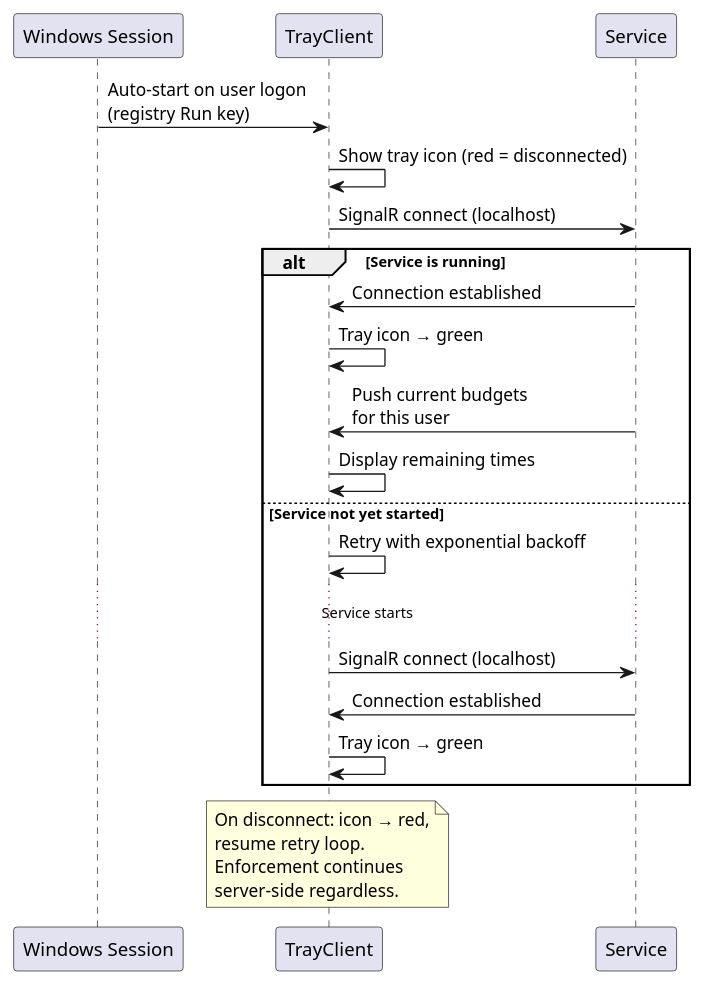
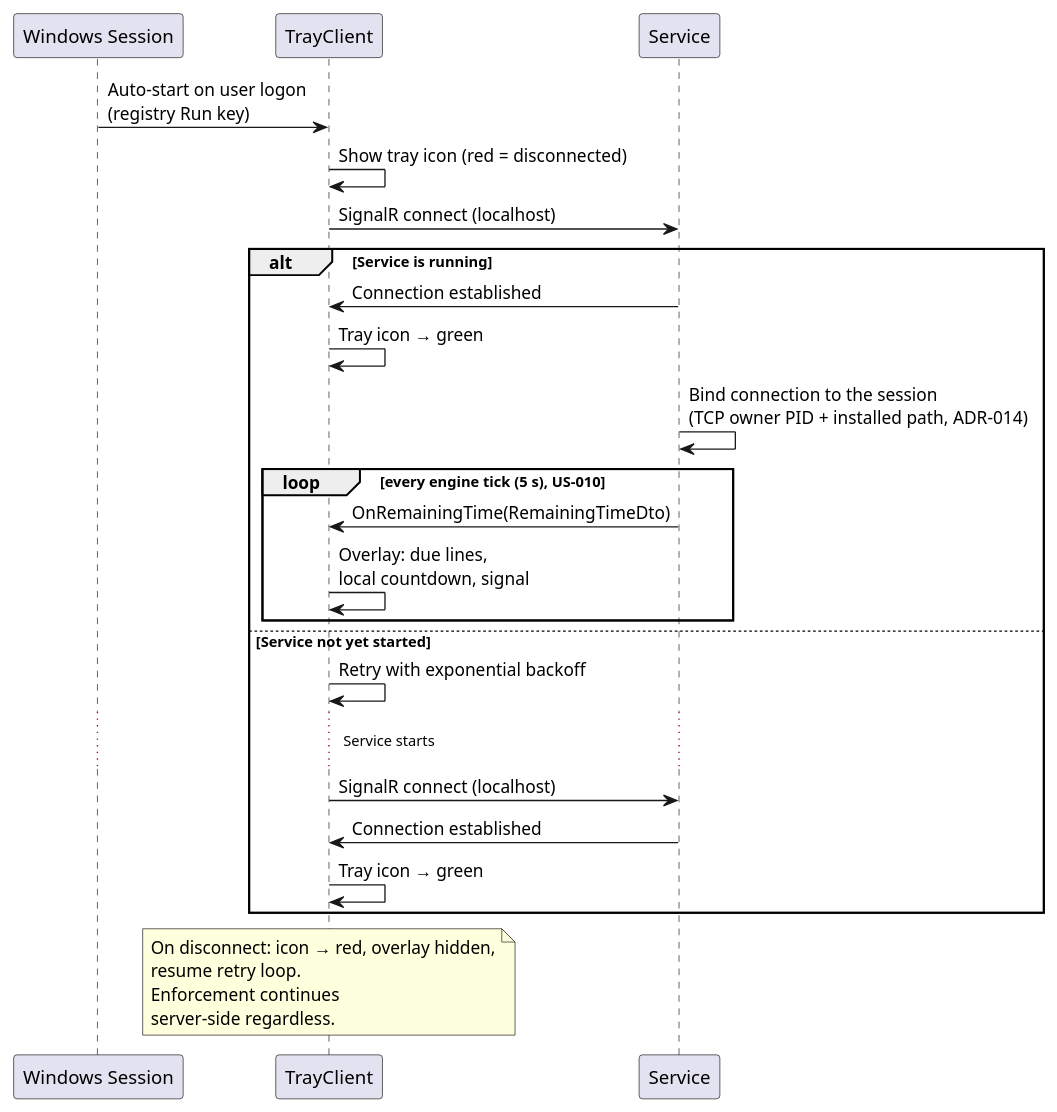
Diagram 14 of 17 in 02_Implementation/docs/architecture/arc42/system-architecture.md (adlemich/EagleEye), drawn with PlantUML before and after one commit. The commit also changed other lines of this file and 2 other files, not shown here.

First line of the commit message:
Architecture docs: US-010 written into arc42, implementation status of unbuilt design

````diff
--- a/02_Implementation/docs/architecture/arc42/system-architecture.md
+++ b/02_Implementation/docs/architecture/arc42/system-architecture.md
@@ -680,31 +689,34 @@
 ```plantuml
 @startuml TrayClient Startup
 participant "Windows Session" as WIN
 participant "TrayClient" as TRAY
 participant "Service" as SVC
 
 WIN -> TRAY : Auto-start on user logon\n(registry Run key)
 TRAY -> TRAY : Show tray icon (red = disconnected)
 TRAY -> SVC : SignalR connect (localhost)
 
 alt Service is running
   SVC -> TRAY : Connection established
   TRAY -> TRAY : Tray icon → green
-  SVC -> TRAY : Push current budgets\nfor this user
-  TRAY -> TRAY : Display remaining times
+  SVC -> SVC : Bind connection to the session\n(TCP owner PID + installed path, ADR-014)
+  loop every engine tick (5 s), US-010
+    SVC -> TRAY : OnRemainingTime(RemainingTimeDto)
+    TRAY -> TRAY : Overlay: due lines,\nlocal countdown, signal
+  end
 else Service not yet started
   TRAY -> TRAY : Retry with exponential backoff
   ... Service starts ...
   TRAY -> SVC : SignalR connect (localhost)
   SVC -> TRAY : Connection established
   TRAY -> TRAY : Tray icon → green
 end
 
 note over TRAY
-  On disconnect: icon → red,
+  On disconnect: icon → red, overlay hidden,
   resume retry loop.
   Enforcement continues
   server-side regardless.
 end note
 @enduml
 ```
````
